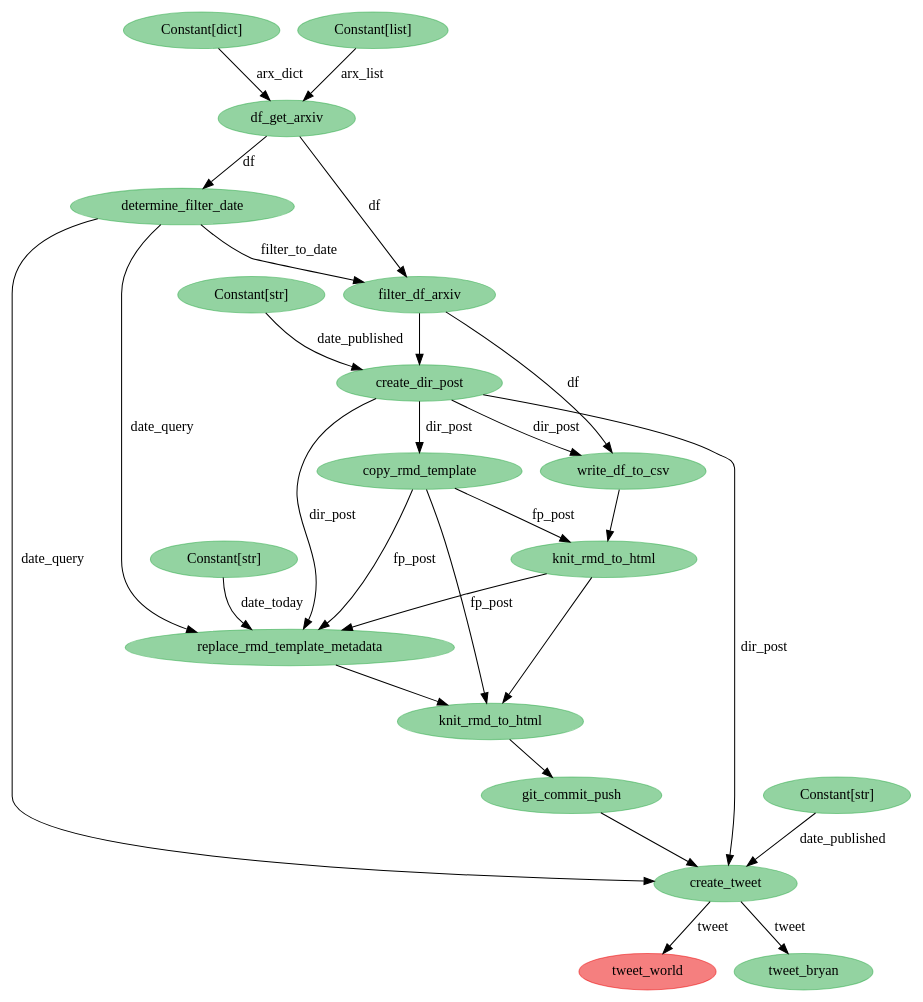
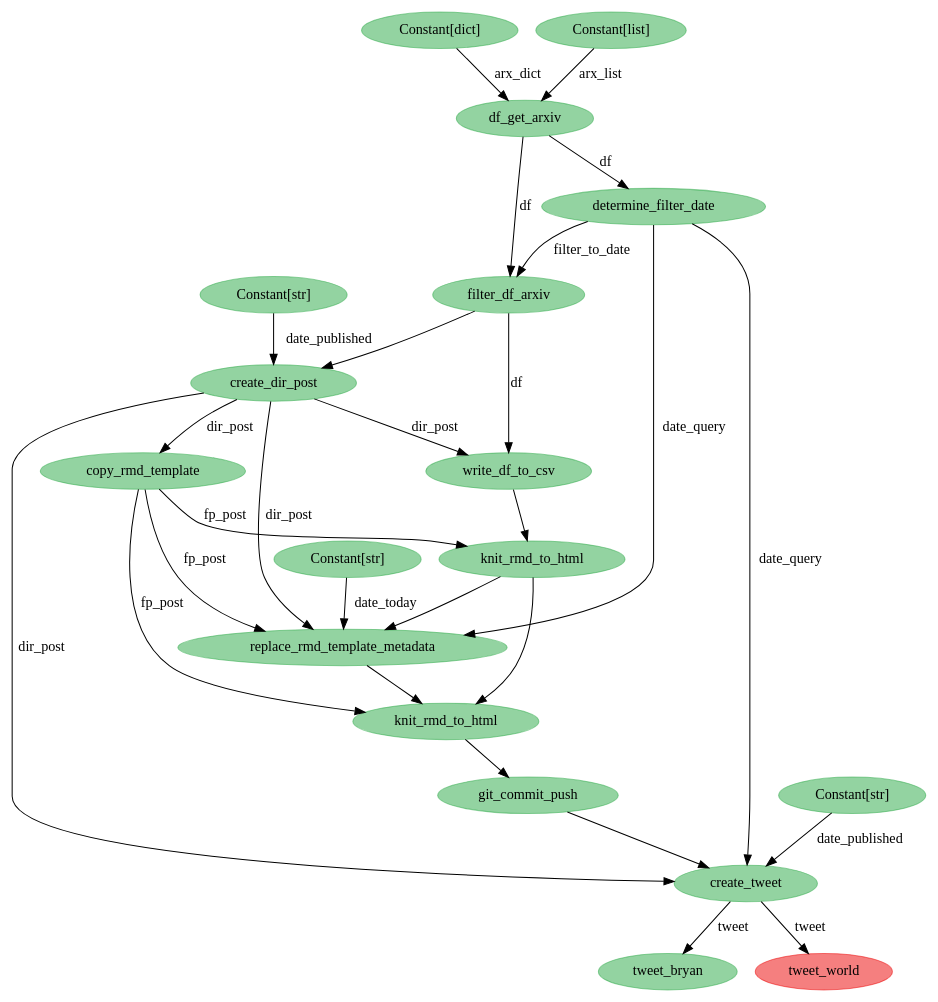
The diagram in python/state-viz.dot (bryanwhiting/ds-arxiv), drawn with Graphviz before and after one commit. The commit also changed 23 other files, not shown here.

```diff
--- a/python/state-viz.dot
+++ b/python/state-viz.dot
@@ -1,47 +1,47 @@
 digraph {
-	4589447696 [label=tweet_world color="#eb000080" colorscheme=svg shape=ellipse style=filled]
-	4589447504 [label=tweet_bryan color="#28a74580" colorscheme=svg shape=ellipse style=filled]
-	4589446800 [label=git_commit_push color="#28a74580" colorscheme=svg shape=ellipse style=filled]
-	4589445840 [label=replace_rmd_template_metadata color="#28a74580" colorscheme=svg shape=ellipse style=filled]
-	4589445904 [label="Constant[str]" color="#28a74580" colorscheme=svg shape=ellipse style=filled]
-	4589447056 [label=create_tweet color="#28a74580" colorscheme=svg shape=ellipse style=filled]
-	4589447120 [label="Constant[str]" color="#28a74580" colorscheme=svg shape=ellipse style=filled]
-	4589402640 [label=df_get_arxiv color="#28a74580" colorscheme=svg shape=ellipse style=filled]
-	4589402896 [label=determine_filter_date color="#28a74580" colorscheme=svg shape=ellipse style=filled]
-	4589402448 [label="Constant[dict]" color="#28a74580" colorscheme=svg shape=ellipse style=filled]
-	4589403152 [label=filter_df_arxiv color="#28a74580" colorscheme=svg shape=ellipse style=filled]
-	4589402320 [label="Constant[list]" color="#28a74580" colorscheme=svg shape=ellipse style=filled]
-	4589403280 [label=create_dir_post color="#28a74580" colorscheme=svg shape=ellipse style=filled]
-	4589403856 [label="Constant[str]" color="#28a74580" colorscheme=svg shape=ellipse style=filled]
-	4589404112 [label=write_df_to_csv color="#28a74580" colorscheme=svg shape=ellipse style=filled]
-	4589445392 [label=copy_rmd_template color="#28a74580" colorscheme=svg shape=ellipse style=filled]
-	4589445584 [label=knit_rmd_to_html color="#28a74580" colorscheme=svg shape=ellipse style=filled]
-	4589446480 [label=knit_rmd_to_html color="#28a74580" colorscheme=svg shape=ellipse style=filled]
-	4589445392 -> 4589445584 [label=fp_post]
-	4589445392 -> 4589445840 [label=fp_post]
-	4589445392 -> 4589446480 [label=fp_post]
-	4589402320 -> 4589402640 [label=arx_list]
-	4589445904 -> 4589445840 [label=date_today]
-	4589402896 -> 4589447056 [label=date_query]
-	4589446480 -> 4589446800
-	4589403280 -> 4589445392 [label=dir_post]
-	4589403280 -> 4589447056 [label=dir_post]
-	4589447056 -> 4589447504 [label=tweet]
-	4589403152 -> 4589404112 [label=df]
-	4589402448 -> 4589402640 [label=arx_dict]
-	4589402640 -> 4589403152 [label=df]
-	4589402896 -> 4589403152 [label=filter_to_date]
-	4589403856 -> 4589403280 [label=date_published]
-	4589447120 -> 4589447056 [label=date_published]
-	4589402896 -> 4589445840 [label=date_query]
-	4589403152 -> 4589403280
-	4589404112 -> 4589445584
-	4589445584 -> 4589445840
-	4589445584 -> 4589446480
-	4589403280 -> 4589404112 [label=dir_post]
-	4589403280 -> 4589445840 [label=dir_post]
-	4589445840 -> 4589446480
-	4589446800 -> 4589447056
-	4589447056 -> 4589447696 [label=tweet]
-	4589402640 -> 4589402896 [label=df]
+	4648257040 [label=knit_rmd_to_html color="#28a74580" colorscheme=svg shape=ellipse style=filled]
+	4648258064 [label=tweet_bryan color="#28a74580" colorscheme=svg shape=ellipse style=filled]
+	4648258256 [label=tweet_world color="#eb000080" colorscheme=svg shape=ellipse style=filled]
+	4648257360 [label=git_commit_push color="#28a74580" colorscheme=svg shape=ellipse style=filled]
+	4648256400 [label=replace_rmd_template_metadata color="#28a74580" colorscheme=svg shape=ellipse style=filled]
+	4648256464 [label="Constant[str]" color="#28a74580" colorscheme=svg shape=ellipse style=filled]
+	4648217296 [label=df_get_arxiv color="#28a74580" colorscheme=svg shape=ellipse style=filled]
+	4648217104 [label="Constant[dict]" color="#28a74580" colorscheme=svg shape=ellipse style=filled]
+	4648217808 [label=filter_df_arxiv color="#28a74580" colorscheme=svg shape=ellipse style=filled]
+	4648216976 [label="Constant[list]" color="#28a74580" colorscheme=svg shape=ellipse style=filled]
+	4648217552 [label=determine_filter_date color="#28a74580" colorscheme=svg shape=ellipse style=filled]
+	4648217936 [label=create_dir_post color="#28a74580" colorscheme=svg shape=ellipse style=filled]
+	4648218576 [label="Constant[str]" color="#28a74580" colorscheme=svg shape=ellipse style=filled]
+	4648255824 [label=write_df_to_csv color="#28a74580" colorscheme=svg shape=ellipse style=filled]
+	4648255952 [label=copy_rmd_template color="#28a74580" colorscheme=svg shape=ellipse style=filled]
+	4648256144 [label=knit_rmd_to_html color="#28a74580" colorscheme=svg shape=ellipse style=filled]
+	4648257616 [label=create_tweet color="#28a74580" colorscheme=svg shape=ellipse style=filled]
+	4648257680 [label="Constant[str]" color="#28a74580" colorscheme=svg shape=ellipse style=filled]
+	4648255952 -> 4648256144 [label=fp_post]
+	4648255952 -> 4648256400 [label=fp_post]
+	4648255952 -> 4648257040 [label=fp_post]
+	4648217936 -> 4648255952 [label=dir_post]
+	4648217936 -> 4648255824 [label=dir_post]
+	4648217936 -> 4648257616 [label=dir_post]
+	4648217552 -> 4648257616 [label=date_query]
+	4648257680 -> 4648257616 [label=date_published]
+	4648216976 -> 4648217296 [label=arx_list]
+	4648257616 -> 4648258256 [label=tweet]
+	4648255824 -> 4648256144
+	4648217104 -> 4648217296 [label=arx_dict]
+	4648257040 -> 4648257360
+	4648256464 -> 4648256400 [label=date_today]
+	4648217552 -> 4648217808 [label=filter_to_date]
+	4648217936 -> 4648256400 [label=dir_post]
+	4648217296 -> 4648217552 [label=df]
+	4648217296 -> 4648217808 [label=df]
+	4648217808 -> 4648255824 [label=df]
+	4648217552 -> 4648256400 [label=date_query]
+	4648218576 -> 4648217936 [label=date_published]
+	4648257616 -> 4648258064 [label=tweet]
+	4648217808 -> 4648217936
+	4648256144 -> 4648256400
+	4648256144 -> 4648257040
+	4648256400 -> 4648257040
+	4648257360 -> 4648257616
 }
```
